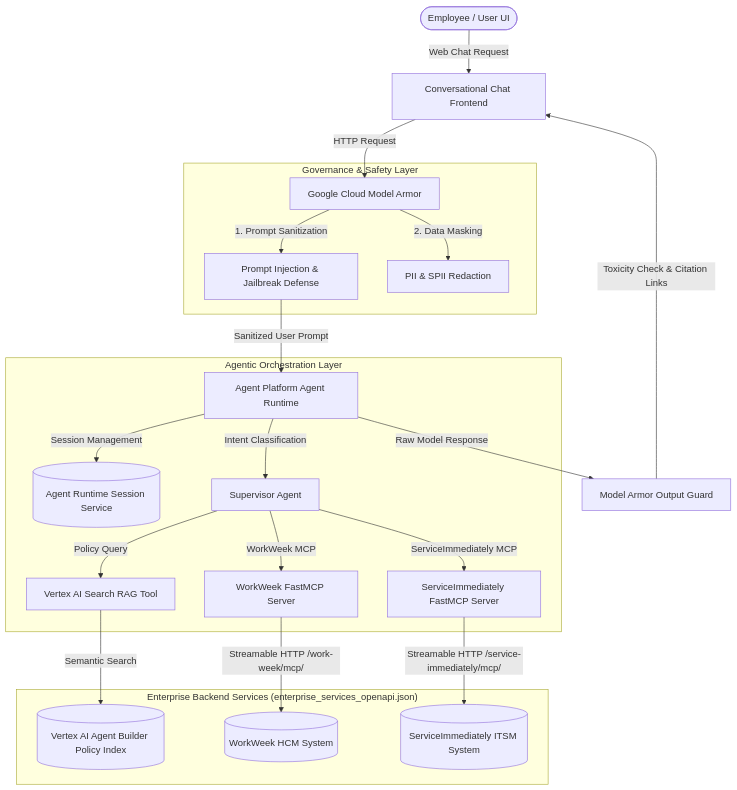
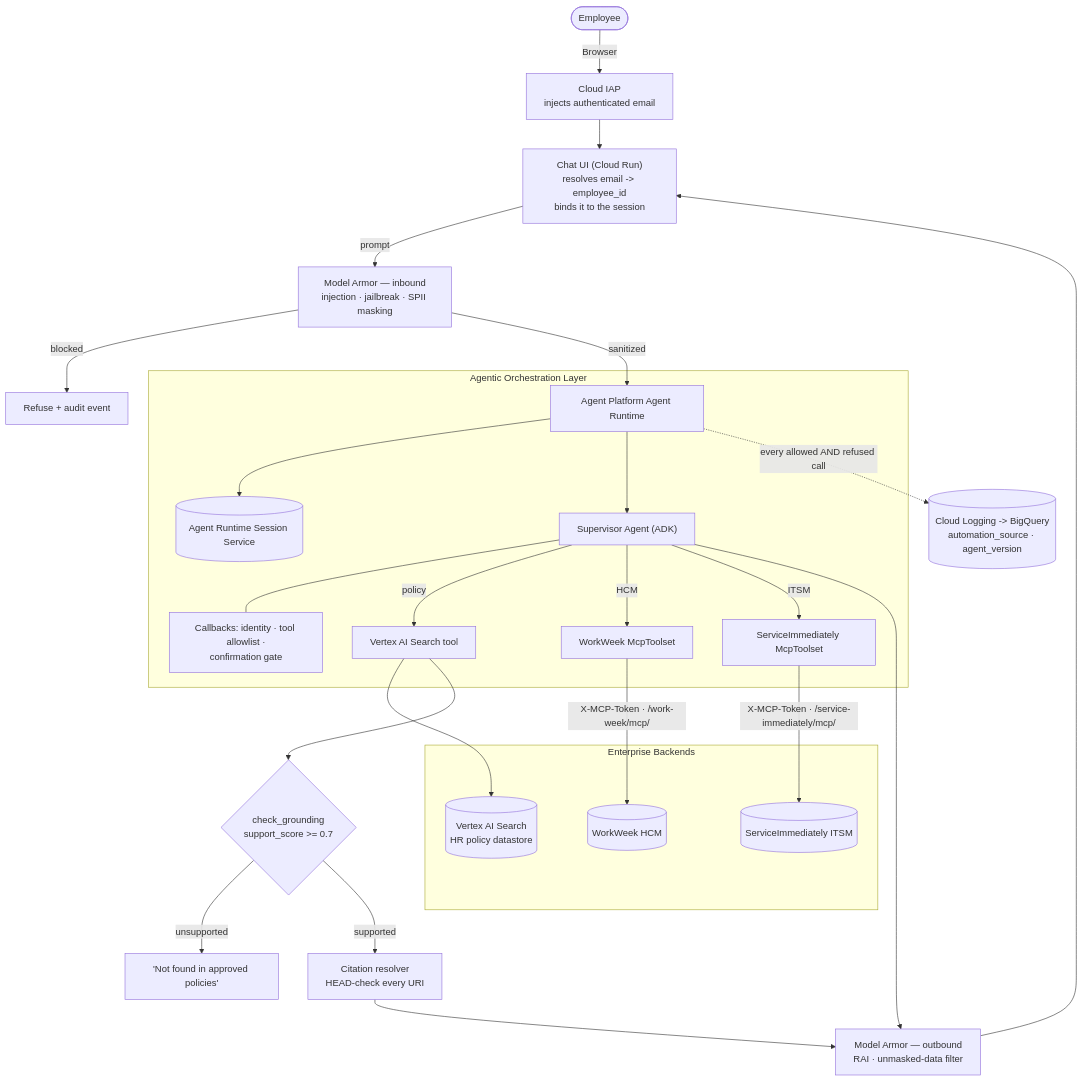
The first of 14 diagrams in SDD.md (yangwhale/elevate-bj-g4), drawn with Mermaid before and after one commit. The commit also changed other lines of this file, not shown here.

First line of the commit message:
fix(sdd): adversarial final pass — verify every claim mechanically (v1.8)

````diff
--- a/SDD.md
+++ b/SDD.md
@@ -57,29 +58,34 @@
 ```mermaid
 graph TD
-    User(["Employee / User UI"]) -->|Web Chat Request| UI["Conversational Chat Frontend"]
-    UI -->|HTTP Request| ModelArmor["Google Cloud Model Armor"]
-    
-    subgraph Governance["Governance & Safety Layer"]
-        ModelArmor -->|1. Prompt Sanitization| PromptGuard["Prompt Injection & Jailbreak Defense"]
-        ModelArmor -->|2. Data Masking| PIIRedactor["PII & SPII Redaction"]
+    User(["Employee"]) -->|Browser| IAP["Cloud IAP<br/>injects authenticated email"]
+    IAP --> UI["Chat UI (Cloud Run)<br/>resolves email -> employee_id<br/>binds it to the session"]
+
+    UI -->|prompt| ArmorIn["Model Armor — inbound<br/>injection · jailbreak · SPII masking"]
+    ArmorIn -->|blocked| Blocked["Refuse + audit event"]
+    ArmorIn -->|sanitized| Runtime["Agent Platform Agent Runtime"]
+
+    subgraph Orchestration["Agentic Orchestration Layer"]
+        Runtime --> Session[("Agent Runtime Session Service")]
+        Runtime --> Supervisor["Supervisor Agent (ADK)"]
+        Supervisor --- CB["Callbacks: identity · tool allowlist ·<br/>confirmation gate"]
+        Supervisor -->|policy| PolicyTool["Vertex AI Search tool"]
+        Supervisor -->|HCM| WorkWeekMCP["WorkWeek McpToolset"]
+        Supervisor -->|ITSM| ServiceMCP["ServiceImmediately McpToolset"]
     end
 
-    PromptGuard -->|Sanitized User Prompt| Runtime["Agent Platform Agent Runtime"]
-
-    subgraph Agentic Orchestration Layer
-        Runtime -->|Session Management| SessionStore[("Agent Runtime Session Service")]
-        Runtime -->|Intent Classification| Supervisor["Supervisor Agent"]
-        Supervisor -->|Policy Query| PolicyAgent["Vertex AI Search RAG Tool"]
-        Supervisor -->|WorkWeek MCP| WorkWeekMCP["WorkWeek FastMCP Server"]
-        Supervisor -->|ServiceImmediately MCP| ServiceMCP["ServiceImmediately FastMCP Server"]
+    subgraph Backend["Enterprise Backends"]
+        PolicyTool --> PolicyKB[("Vertex AI Search<br/>HR policy datastore")]
+        WorkWeekMCP -->|"X-MCP-Token · /work-week/mcp/"| WWBackend[("WorkWeek HCM")]
+        ServiceMCP -->|"X-MCP-Token · /service-immediately/mcp/"| SIMBackend[("ServiceImmediately ITSM")]
     end
 
-    subgraph Backend["Enterprise Backend Services (enterprise_services_openapi.json)"]
-        PolicyAgent -->|Semantic Search| PolicyKB[("Vertex AI Agent Builder Policy Index")]
-        WorkWeekMCP -->|Streamable HTTP /work-week/mcp/| WWBackend[("WorkWeek HCM System")]
-        ServiceMCP -->|Streamable HTTP /service-immediately/mcp/| SIMBackend[("ServiceImmediately ITSM System")]
-    end
+    PolicyTool --> Ground{"check_grounding<br/>support_score >= 0.7"}
+    Ground -->|unsupported| Refuse["'Not found in approved policies'"]
+    Ground -->|supported| Cite["Citation resolver<br/>HEAD-check every URI"]
 
-    Runtime -->|Raw Model Response| OutputArmor["Model Armor Output Guard"]
-    OutputArmor -->|Toxicity Check & Citation Links| UI
+    Cite --> ArmorOut["Model Armor — outbound<br/>RAI · unmasked-data filter"]
+    Supervisor --> ArmorOut
+    ArmorOut --> UI
+
+    Runtime -.->|"every allowed AND refused call"| Audit[("Cloud Logging -> BigQuery<br/>automation_source · agent_version")]
 ```
````
